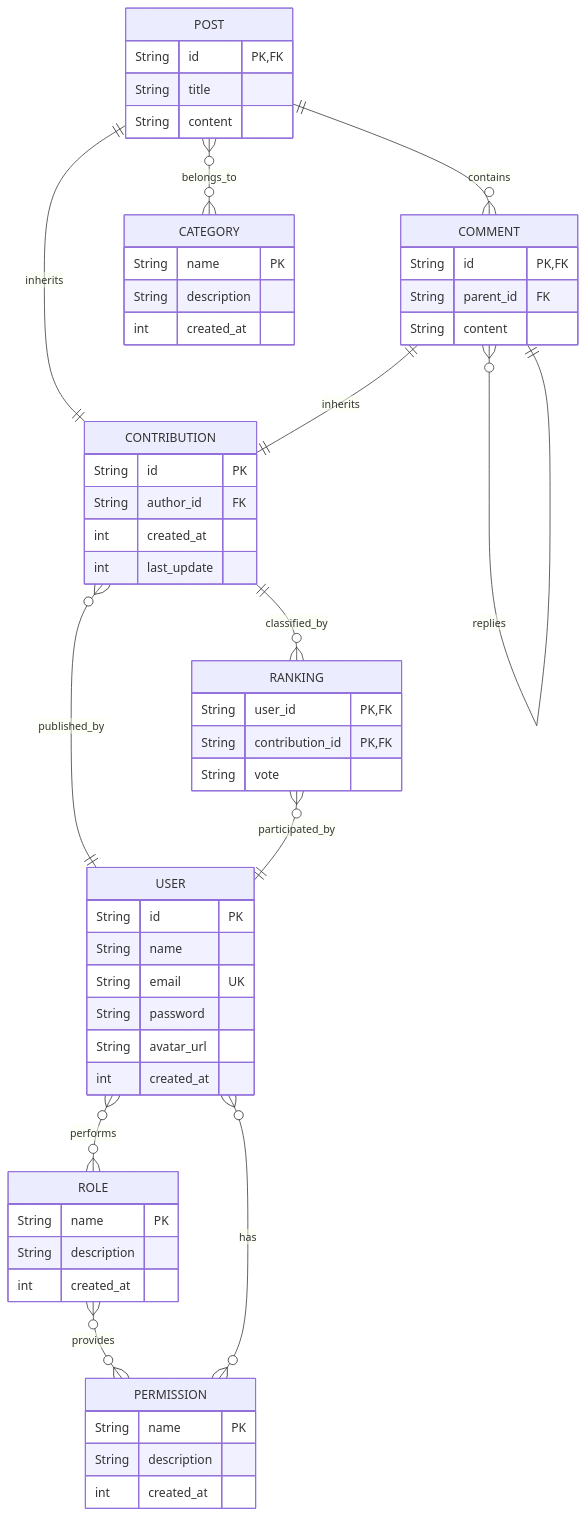
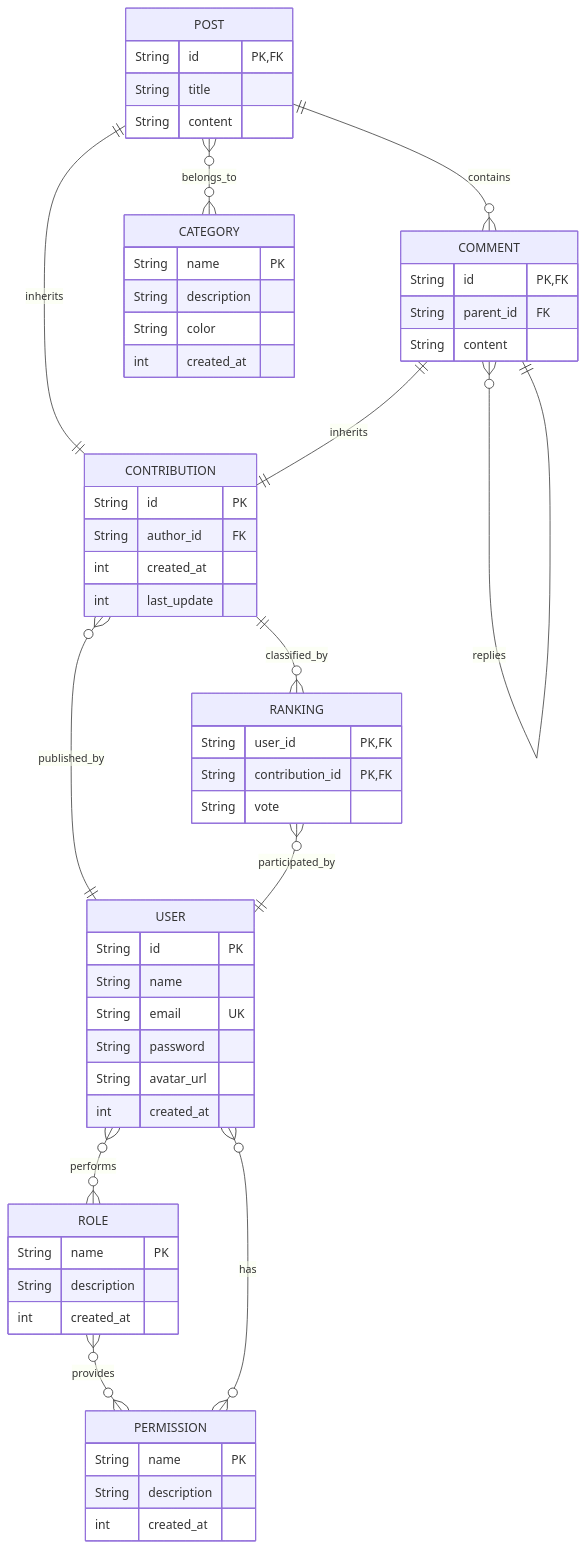
Before and after one commit to andre-sch/forum-server: the diagram in server/src/main/resources/db/schema.md, drawn with Mermaid.

Commit message:
Add category color in entity diagram

````diff
--- a/server/src/main/resources/db/schema.md
+++ b/server/src/main/resources/db/schema.md
@@ -8,71 +8,72 @@
 ```mermaid
   erDiagram
     USER {
       String id PK
       String name
       String email UK
       String password
       String avatar_url
       int created_at
     }
 
     ROLE {
       String name PK
       String description
       int created_at
     }
 
     PERMISSION {
       String name PK
       String description
       int created_at
     }
 
     CONTRIBUTION {
       String id PK
       String author_id FK
       int created_at
       int last_update
     }
 
     POST {
       String id PK, FK
       String title
       String content
     }
 
     CATEGORY {
       String name PK
       String description
+      String color
       int created_at
     }
 
     COMMENT {
       String id PK, FK
       String parent_id FK
       String content
     }
 
     RANKING {
       String user_id PK, FK
       String contribution_id PK, FK
       String vote
     }
 
     USER }o--o{ ROLE: performs
     ROLE }o--o{ PERMISSION: provides
     USER }o--o{ PERMISSION: has
 
     POST ||--|| CONTRIBUTION: inherits
     COMMENT ||--|| CONTRIBUTION: inherits
 
     CONTRIBUTION }o--|| USER: published_by
 
     POST }o--o{ CATEGORY: belongs_to
 
     POST ||--o{ COMMENT: contains
     COMMENT }o--|| COMMENT: replies
 
     CONTRIBUTION ||--o{ RANKING: classified_by
     RANKING }o--|| USER: participated_by
 ```
````
